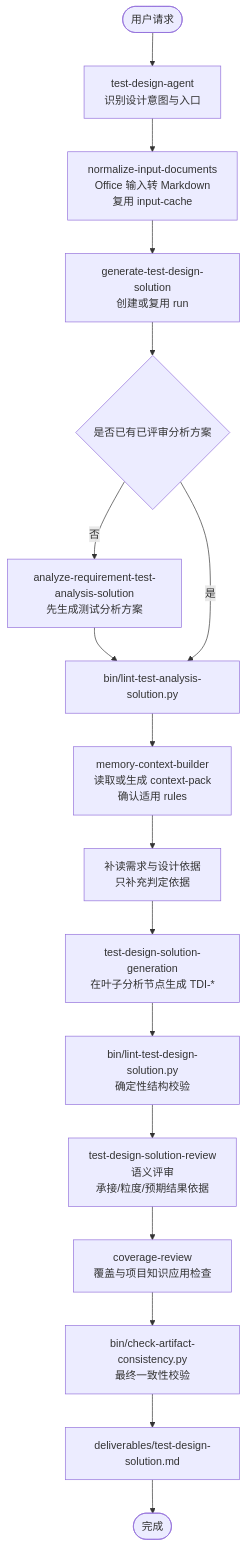
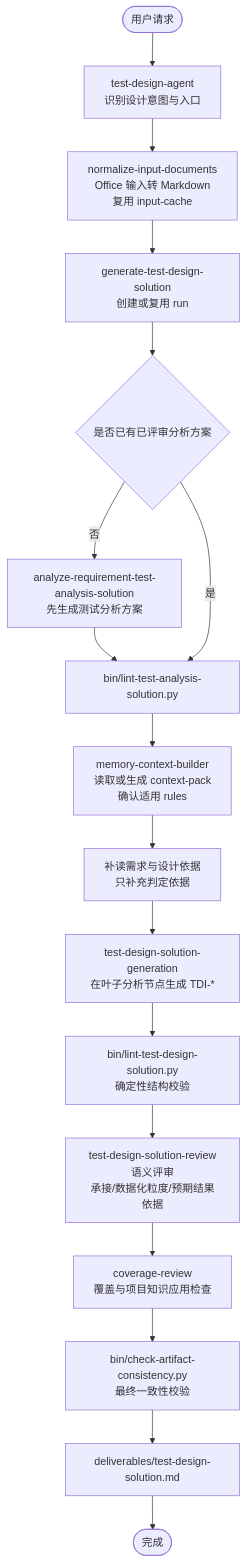
The diagram in docs/test-design-agent-design.md (szluoqy-byte/Test-Analysis-Agent-MM), drawn with Mermaid before and after one commit. The commit also changed other lines of this file and 34 other files, not shown here.

Commit message:
feat: refine test design item output

````diff
--- a/docs/test-design-agent-design.md
+++ b/docs/test-design-agent-design.md
@@ -79,20 +83,20 @@
 ```mermaid
 flowchart TD
   start(["用户请求"])
   start --> agent["test-design-agent<br/>识别设计意图与入口"]
   agent --> normalize["normalize-input-documents<br/>Office 输入转 Markdown<br/>复用 input-cache"]
   normalize --> main["generate-test-design-solution<br/>创建或复用 run"]
   main --> hasAnalysis{"是否已有已评审分析方案"}
   hasAnalysis -- 否 --> analysis["analyze-requirement-test-analysis-solution<br/>先生成测试分析方案"]
   analysis --> analysisCheck["bin/lint-test-analysis-solution.py"]
   hasAnalysis -- 是 --> analysisCheck
   analysisCheck --> ctx["memory-context-builder<br/>读取或生成 context-pack<br/>确认适用 rules"]
   ctx --> basis["补读需求与设计依据<br/>只补充判定依据"]
   basis --> generation["test-design-solution-generation<br/>在叶子分析节点生成 TDI-*"]
   generation --> lint["bin/lint-test-design-solution.py<br/>确定性结构校验"]
-  lint --> review["test-design-solution-review<br/>语义评审<br/>承接/粒度/预期结果依据"]
+  lint --> review["test-design-solution-review<br/>语义评审<br/>承接/数据化粒度/预期结果依据"]
   review --> coverage["coverage-review<br/>覆盖与项目知识应用检查"]
   coverage --> consistency["bin/check-artifact-consistency.py<br/>最终一致性校验"]
   consistency --> output["deliverables/test-design-solution.md"]
   output --> finish(["完成"])
 ```
````
